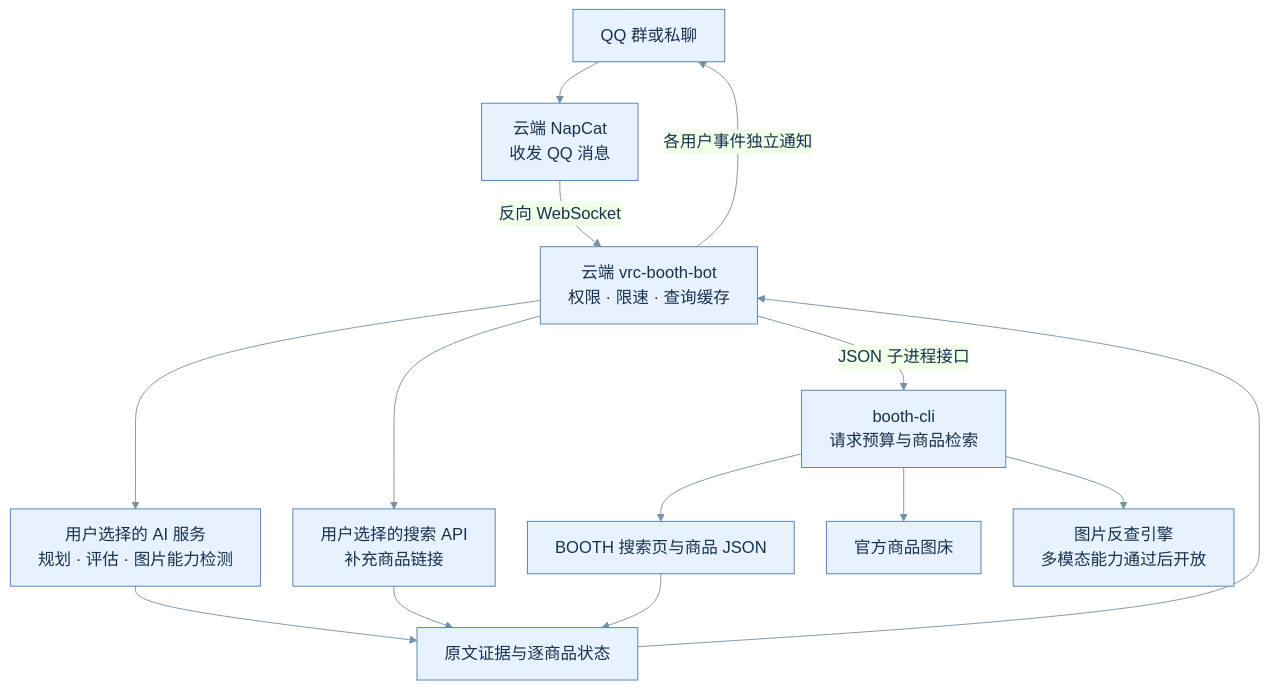
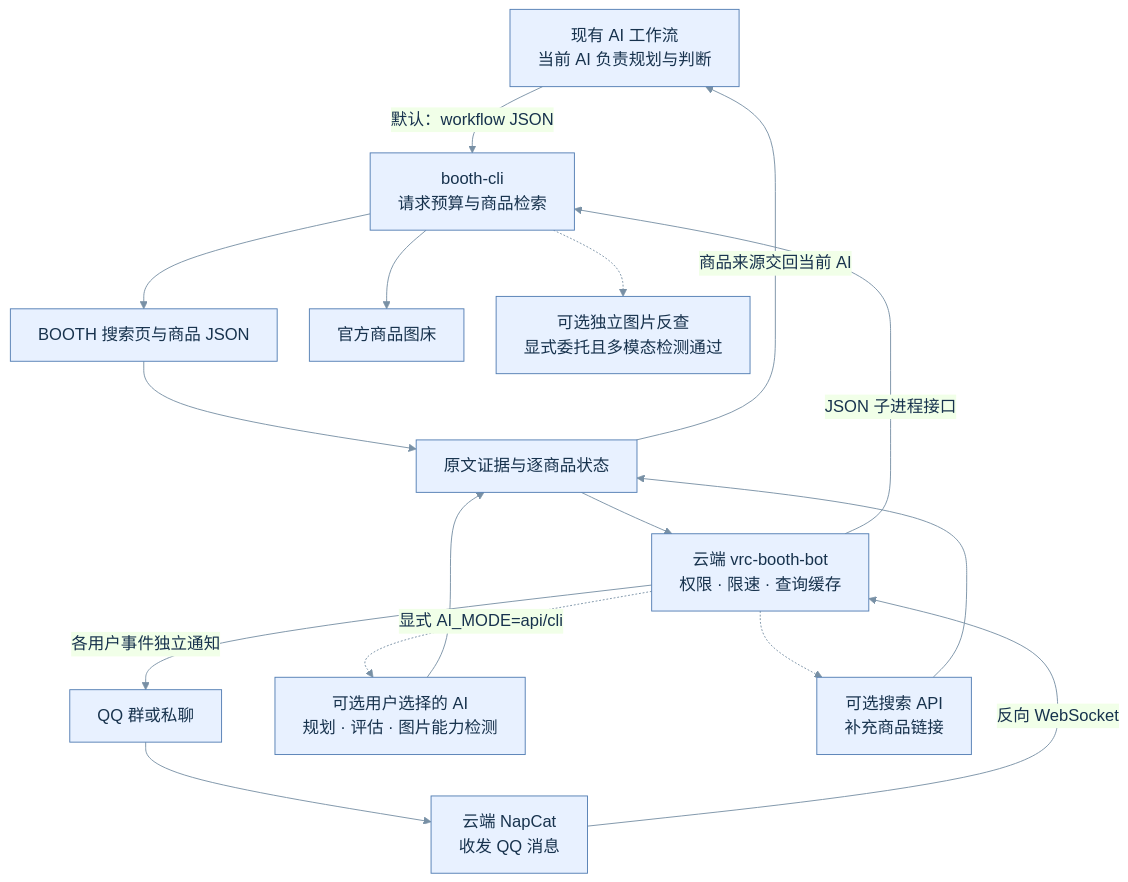
Before and after one commit to wuhutakeoffyoo/booth-cli: the diagram in docs/diagrams/system-architecture.mmd, drawn with Mermaid. The commit also changed 35 other files, not shown here.

```diff
--- a/docs/diagrams/system-architecture.mmd
+++ b/docs/diagrams/system-architecture.mmd
@@ -1,15 +1,17 @@
 %%{init: {"fontFamily":"Microsoft YaHei","fontSize":18,"theme":"base","themeVariables":{"fontFamily":"Microsoft YaHei, Noto Sans CJK SC, sans-serif","fontSize":"18px","primaryColor":"#e8f1ff","primaryBorderColor":"#527db3","primaryTextColor":"#17324d","lineColor":"#7890a5"},"flowchart":{"curve":"basis","wrappingWidth":400,"nodeSpacing":35,"rankSpacing":45}}}%%
 flowchart TD
+    W["现有 AI 工作流<br/>当前 AI 负责规划与判断"] -->|"默认：workflow JSON"| D
     A["QQ 群或私聊"] --> B["云端 NapCat<br/>收发 QQ 消息"]
     B -->|"反向 WebSocket"| C["云端 vrc-booth-bot<br/>权限 · 限速 · 查询缓存"]
     C -->|"JSON 子进程接口"| D["booth-cli<br/>请求预算与商品检索"]
-    C --> E["用户选择的 AI 服务<br/>规划 · 评估 · 图片能力检测"]
-    C --> F["用户选择的搜索 API<br/>补充商品链接"]
+    C -.->|"显式 AI_MODE=api/cli"| E["可选用户选择的 AI<br/>规划 · 评估 · 图片能力检测"]
+    C -.-> F["可选搜索 API<br/>补充商品链接"]
     D --> G["BOOTH 搜索页与商品 JSON"]
     D --> H["官方商品图床"]
-    D --> I["图片反查引擎<br/>多模态能力通过后开放"]
+    D -.-> I["可选独立图片反查<br/>显式委托且多模态检测通过"]
     E --> J["原文证据与逐商品状态"]
     F --> J
     G --> J
     J --> C
+    J -->|"商品来源交回当前 AI"| W
     C -->|"各用户事件独立通知"| A
```
